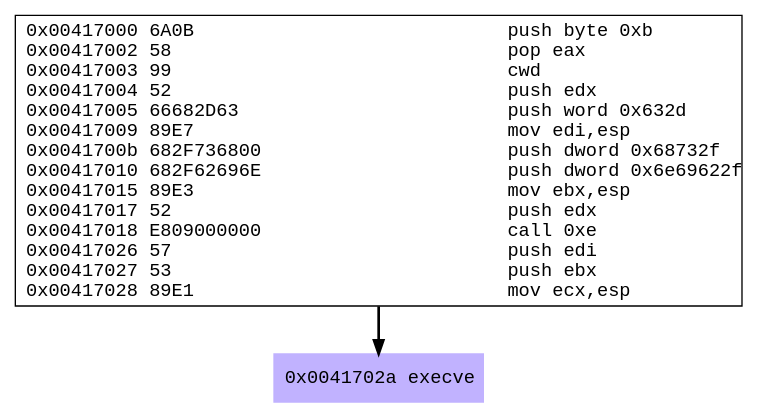
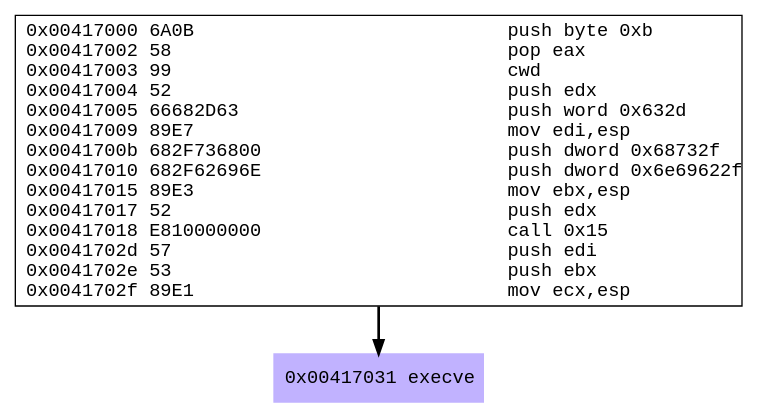
One commit to blu3gl0w13/SLAE32 changed the diagram in assignment-5/linux-x86-exec.dot. Above: the diagram before and after it, drawn with Graphviz. The commit also changed 7 other files, not shown here.

```diff
--- a/assignment-5/linux-x86-exec.dot
+++ b/assignment-5/linux-x86-exec.dot
@@ -1,7 +1,7 @@
 digraph G {
 	//rankdir=LR
 	node [fontname=Courier, labeljust=r];
-	 "0x9921cb0" [shape=box, label = "0x00417000 6A0B                            push byte 0xb\l0x00417002 58                              pop eax\l0x00417003 99                              cwd \l0x00417004 52                              push edx\l0x00417005 66682D63                        push word 0x632d\l0x00417009 89E7                            mov edi,esp\l0x0041700b 682F736800                      push dword 0x68732f\l0x00417010 682F62696E                      push dword 0x6e69622f\l0x00417015 89E3                            mov ebx,esp\l0x00417017 52                              push edx\l0x00417018 E809000000                      call 0xe\l0x00417026 57                              push edi\l0x00417027 53                              push ebx\l0x00417028 89E1                            mov ecx,esp\l"]
-	 "0x9925c58" [shape=box, style=filled, color=".7 .3 1.0", label = "0x0041702a execve\l"]
-	 "0x9921cb0" -> "0x9925c58" [style = bold ]
+	 "0x956c0b8" [shape=box, label = "0x00417000 6A0B                            push byte 0xb\l0x00417002 58                              pop eax\l0x00417003 99                              cwd \l0x00417004 52                              push edx\l0x00417005 66682D63                        push word 0x632d\l0x00417009 89E7                            mov edi,esp\l0x0041700b 682F736800                      push dword 0x68732f\l0x00417010 682F62696E                      push dword 0x6e69622f\l0x00417015 89E3                            mov ebx,esp\l0x00417017 52                              push edx\l0x00417018 E810000000                      call 0x15\l0x0041702d 57                              push edi\l0x0041702e 53                              push ebx\l0x0041702f 89E1                            mov ecx,esp\l"]
+	 "0x9570068" [shape=box, style=filled, color=".7 .3 1.0", label = "0x00417031 execve\l"]
+	 "0x956c0b8" -> "0x9570068" [style = bold ]
 }
```
